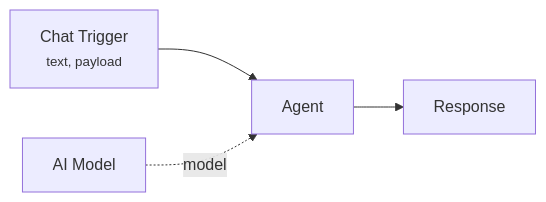
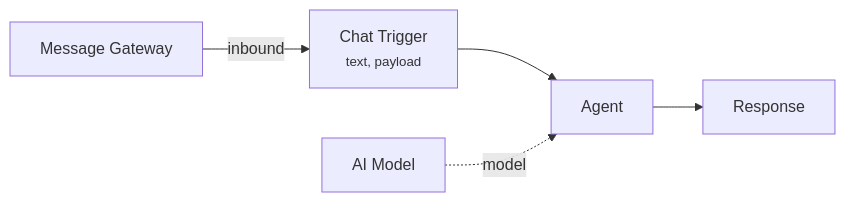
Before and after one commit to theuselessai/Pipelit: the first of 2 diagrams in docs-site/docs/concepts/triggers.md, drawn with Mermaid. The commit also changed other lines of this file and 58 other files, not shown here.

````diff
--- a/docs-site/docs/concepts/triggers.md
+++ b/docs-site/docs/concepts/triggers.md
@@ -41,6 +41,7 @@
 ```mermaid
 flowchart LR
-    T["Chat Trigger<br/><small>text, payload</small>"] --> Agent
+    GW["Message Gateway"] -->|inbound| T["Chat Trigger<br/><small>text, payload</small>"]
+    T --> Agent
     M[AI Model] -.->|model| Agent
     Agent --> Response["Response"]
 ```
````
